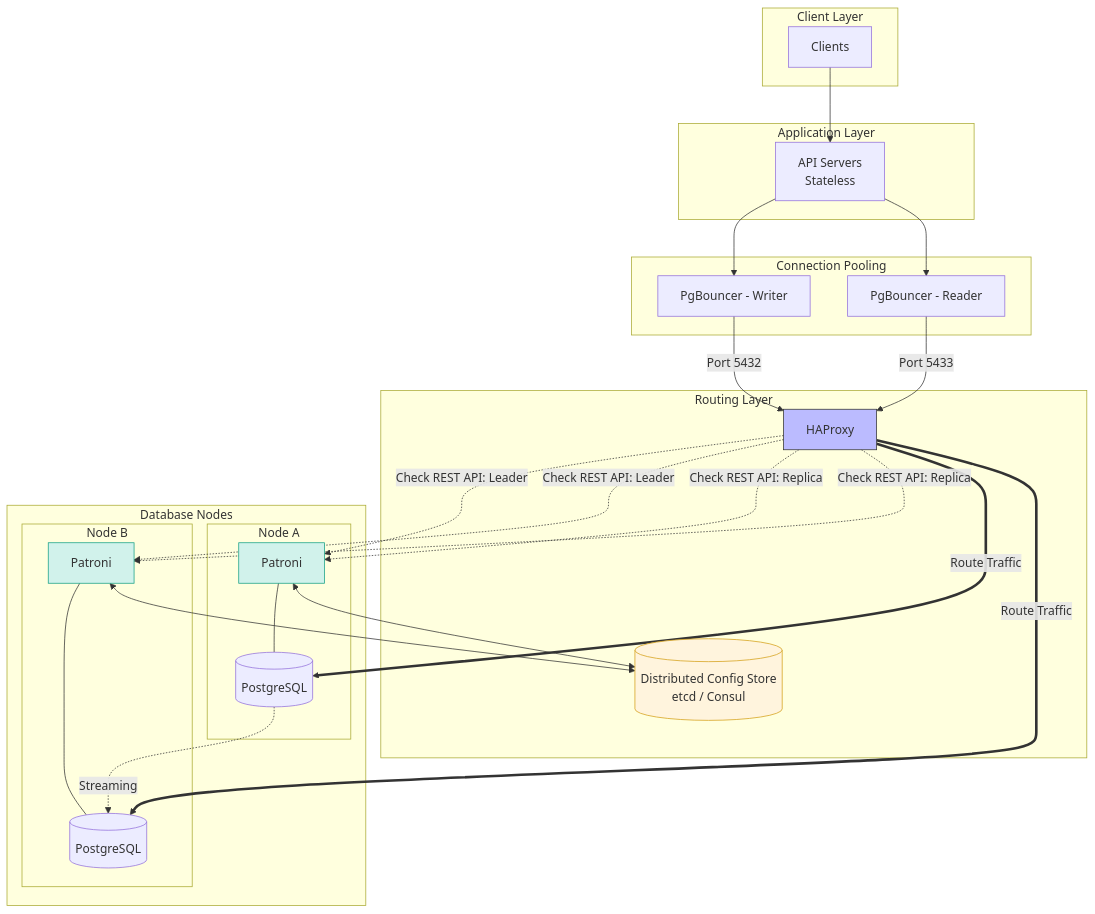
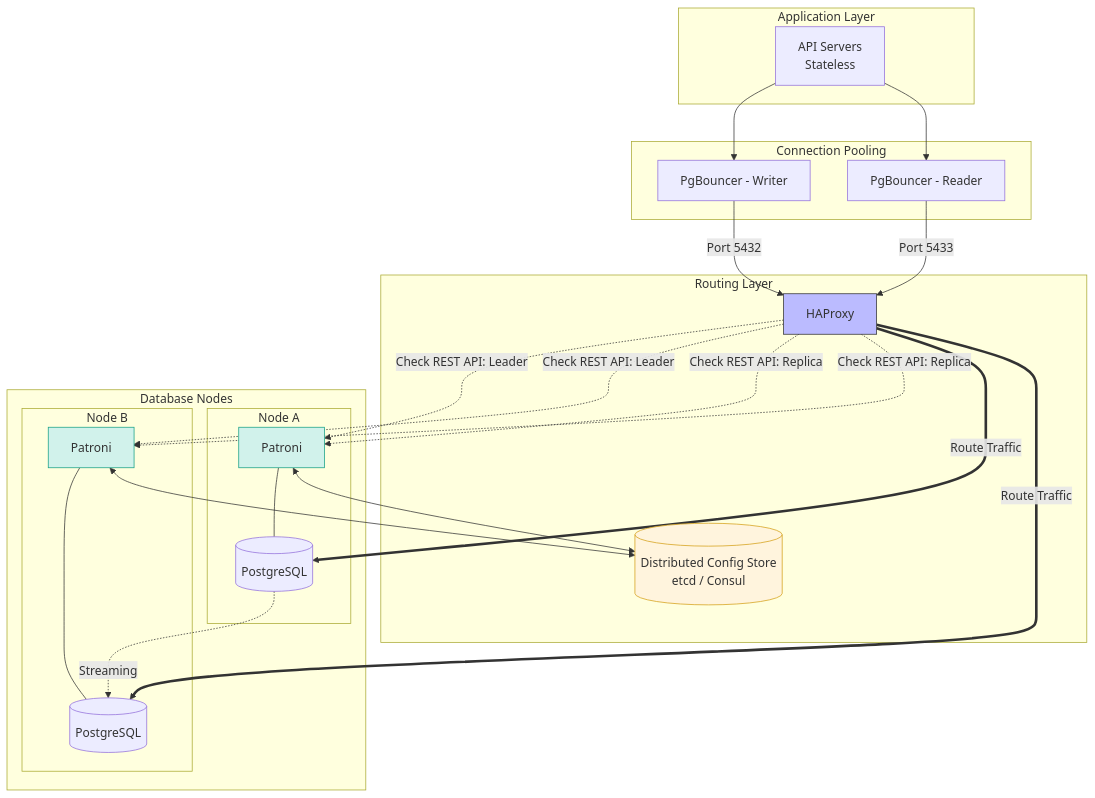
Before and after one commit to gaviezri/smart-catalog-v2: the diagram in docs/DATA-LAYER.md, drawn with Mermaid.

Commit message:
Remove Clients Layer from data layer diagram
Removed Clients Layer from the diagram in DATA-LAYER.md.

````diff
--- a/docs/DATA-LAYER.md
+++ b/docs/DATA-LAYER.md
@@ -10,63 +10,58 @@
 ```mermaid
 graph TD
-    subgraph Clients_Layer [Client Layer]
-        Clients[Clients]
-    end
-
     subgraph App_Layer [Application Layer]
         API[API Servers<br/>Stateless]
     end
 
     subgraph Pooling_Layer [Connection Pooling]
         PB_Write[PgBouncer - Writer]
         PB_Read[PgBouncer - Reader]
     end
 
     subgraph LB_Layer [Routing Layer]
         HA[HAProxy]
         DCS[(Distributed Config Store<br/>etcd / Consul)]
     end
 
     subgraph DB_Nodes [Database Nodes]
         subgraph Node_1 [Node A]
             P1[Patroni]
             DB1[(PostgreSQL)]
         end
         subgraph Node_2 [Node B]
             P2[Patroni]
             DB2[(PostgreSQL)]
         end
     end
 
     %% Flow
-    Clients --> API
     API --> PB_Write
     API --> PB_Read
 
     PB_Write -->|Port 5432| HA
     PB_Read -->|Port 5433| HA
 
     %% Health Checks & Routing
     HA -.->|Check REST API: Leader| P1
     HA -.->|Check REST API: Leader| P2
     HA -.->|Check REST API: Replica| P1
     HA -.->|Check REST API: Replica| P2
 
     HA ===>|Route Traffic| DB1
     HA ===>|Route Traffic| DB2
 
     %% Patroni Management
     P1 --- DB1
     P2 --- DB2
     P1 <--> DCS
     P2 <--> DCS
     
     %% Replication
     DB1 -.->|Streaming| DB2
 
     %% Styling
     style DCS fill:#fff4dd,stroke:#d4a017
     style P1 fill:#d1f2eb,stroke:#16a085
     style P2 fill:#d1f2eb,stroke:#16a085
     style HA fill:#bbf,stroke:#333
 ```
````
